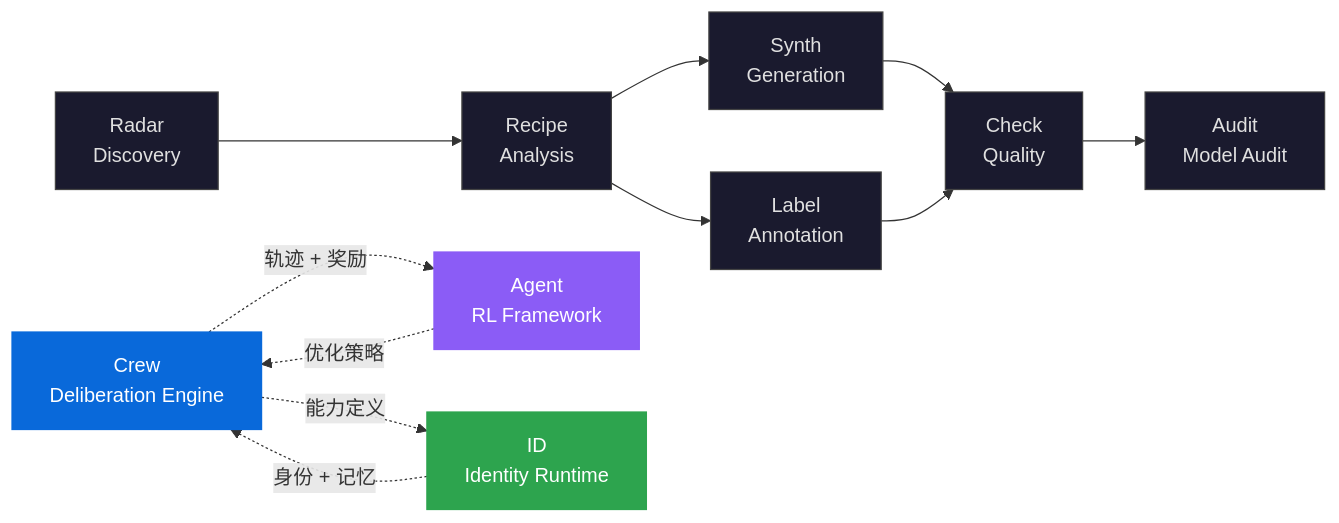
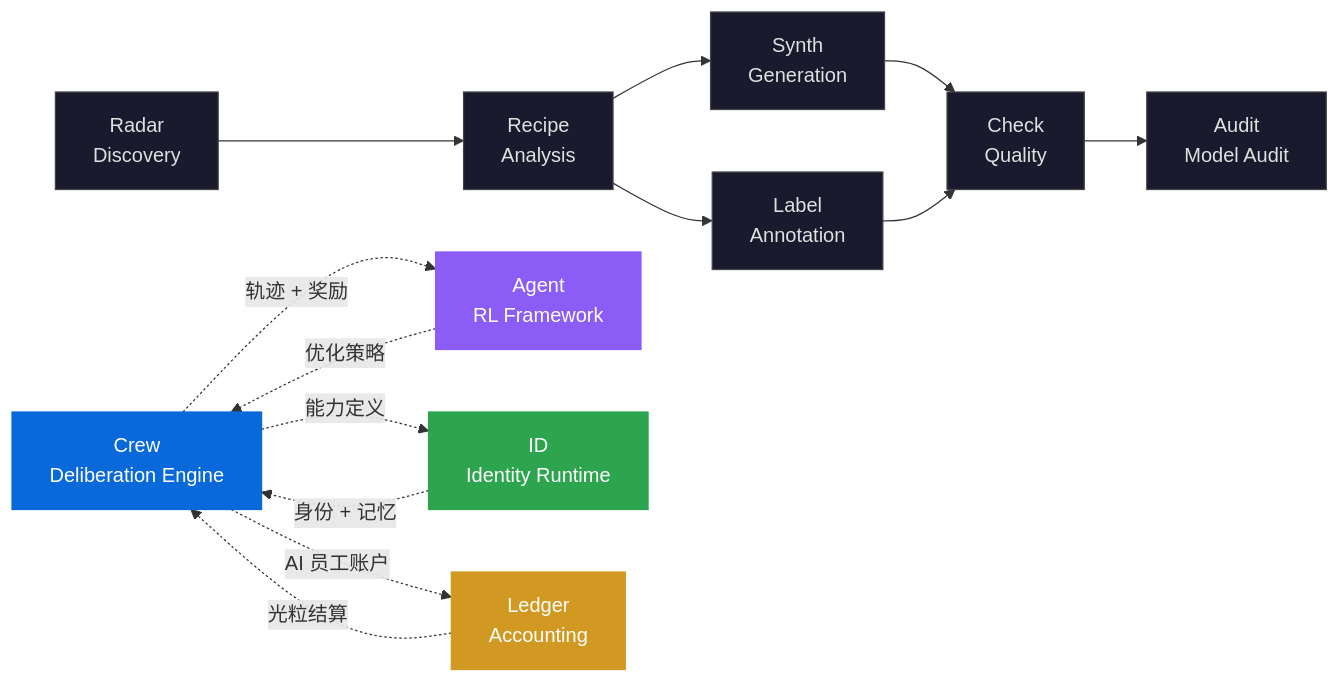
One commit to liuxiaotong/knowlyr-crew changed the third of 3 diagrams in README.md. Above: the diagram before and after it, drawn with Mermaid. The commit also changed other lines of this file, not shown here.

Commit message:
Ecosystem：补充 knowlyr-ledger 账务基础设施

````diff
--- a/README.md
+++ b/README.md
@@ -840,26 +840,30 @@
 ```mermaid
 graph LR
     Radar["Radar<br/>Discovery"] --> Recipe["Recipe<br/>Analysis"]
     Recipe --> Synth["Synth<br/>Generation"]
     Recipe --> Label["Label<br/>Annotation"]
     Synth --> Check["Check<br/>Quality"]
     Label --> Check
     Check --> Audit["Audit<br/>Model Audit"]
     Crew["Crew<br/>Deliberation Engine"]
     Agent["Agent<br/>RL Framework"]
     ID["ID<br/>Identity Runtime"]
     Crew -.->|能力定义| ID
     ID -.->|身份 + 记忆| Crew
     Crew -.->|轨迹 + 奖励| Agent
     Agent -.->|优化策略| Crew
+    Ledger["Ledger<br/>Accounting"]
+    Crew -.->|AI 员工账户| Ledger
+    Ledger -.->|光粒结算| Crew
 
     style Crew fill:#0969da,color:#fff,stroke:#0969da
+    style Ledger fill:#d29922,color:#fff,stroke:#d29922
     style ID fill:#2da44e,color:#fff,stroke:#2da44e
     style Agent fill:#8b5cf6,color:#fff,stroke:#8b5cf6
     style Radar fill:#1a1a2e,color:#e0e0e0,stroke:#444
     style Recipe fill:#1a1a2e,color:#e0e0e0,stroke:#444
     style Synth fill:#1a1a2e,color:#e0e0e0,stroke:#444
     style Label fill:#1a1a2e,color:#e0e0e0,stroke:#444
     style Check fill:#1a1a2e,color:#e0e0e0,stroke:#444
     style Audit fill:#1a1a2e,color:#e0e0e0,stroke:#444
 ```
````
